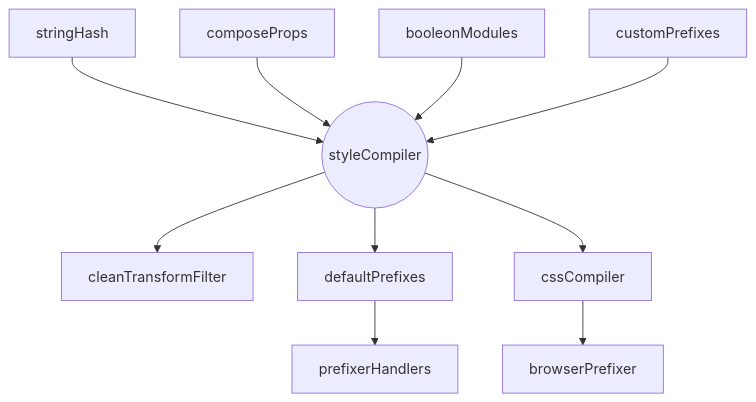
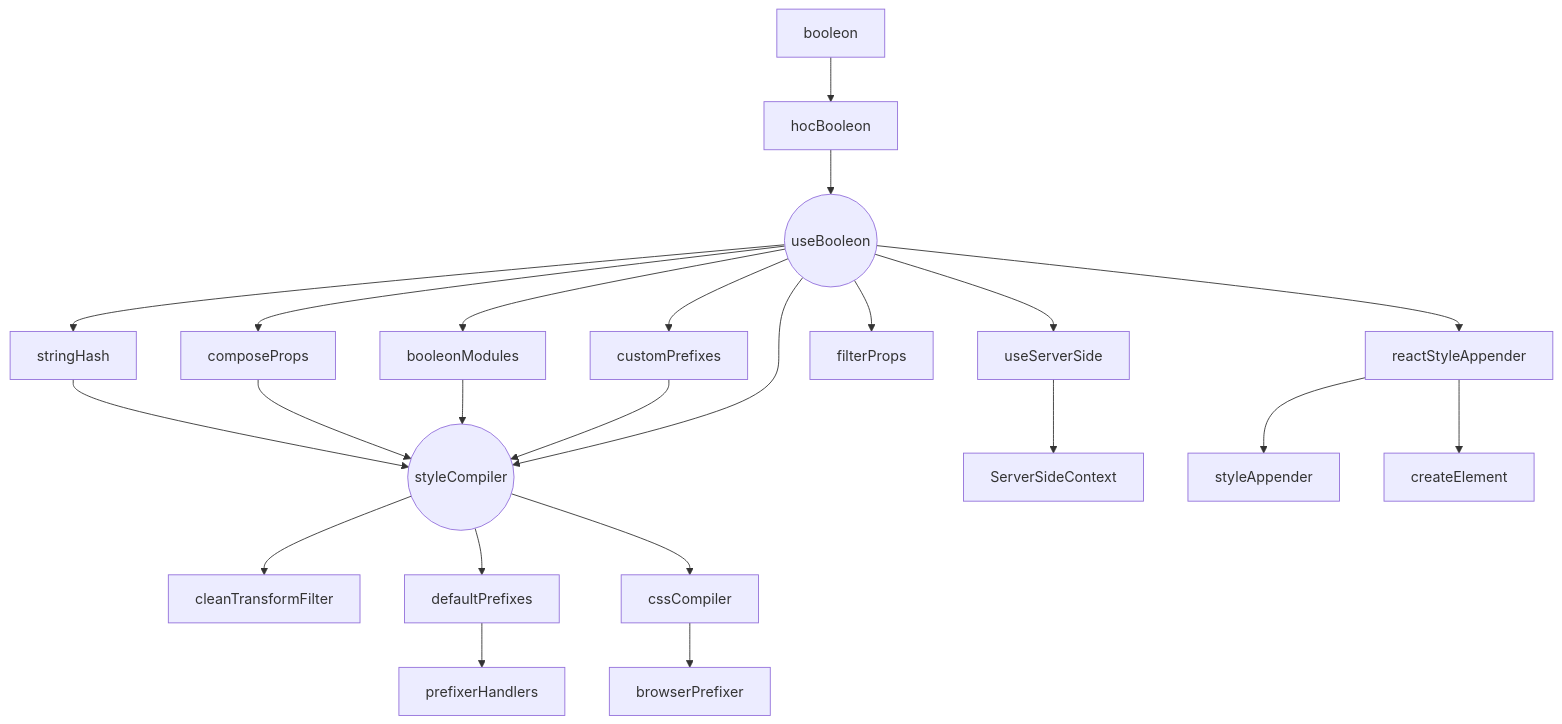
One commit to viniciusflv/booleon changed the diagram in packages/docs/src/pages/docs/index.mdx. Above: the diagram before and after it, drawn with Mermaid. The commit also changed other lines of this file and 41 other files, not shown here.

````diff
--- a/packages/docs/src/pages/docs/index.mdx
+++ b/packages/docs/src/pages/docs/index.mdx
@@ -9,23 +16,35 @@
 ```mermaid
   graph TD
 
   stringHash[stringHash] --> styleCompiler((styleCompiler))
   composeProps[composeProps] --> styleCompiler((styleCompiler))
   booleonModules[booleonModules] --> styleCompiler((styleCompiler))
   customPrefixes[customPrefixes] --> styleCompiler((styleCompiler))
 
   styleCompiler((styleCompiler)) --> cleanTransformFilter[cleanTransformFilter]
   styleCompiler((styleCompiler)) --> defaultPrefixes[defaultPrefixes] --> prefixerHandlers[prefixerHandlers]
   styleCompiler((styleCompiler)) --> cssCompiler[cssCompiler] --> browserPrefixer[browserPrefixer]
 
+  booleon[booleon] --> hocBooleon[hocBooleon] --> useBooleon((useBooleon))
+  useBooleon((useBooleon)) --> useServerSide[useServerSide] --> ServerSideContext[ServerSideContext]
+  useBooleon((useBooleon)) --> filterProps[filterProps]
+  useBooleon((useBooleon)) --> reactStyleAppender[reactStyleAppender]
+  reactStyleAppender[reactStyleAppender] --> styleAppender[styleAppender]
+  reactStyleAppender[reactStyleAppender] --> createElement[createElement]
+  useBooleon((useBooleon)) --> stringHash[stringHash]
+  useBooleon((useBooleon)) --> styleCompiler((styleCompiler))
+  useBooleon((useBooleon)) --> composeProps[composeProps]
+  useBooleon((useBooleon)) --> booleonModules[booleonModules]
+  useBooleon((useBooleon)) --> customPrefixes[customPrefixes]
+
   click styleCompiler "/docs/core/#styleCompiler" "styleCompiler"
   click stringHash "/docs/core/#stringHash" "stringHash"
   click composeProps "/docs/core/#composeProps" "composeProps"
   click booleonModules "/docs/modules" "booleonModules"
   click customPrefixes "/docs/core/#customPrefixes" "customPrefixes"
   click cleanTransformFilter "/docs/core/#cleanTransformFilter" "cleanTransformFilter"
   click defaultPrefixes "/docs/core/#defaultPrefixes" "defaultPrefixes"
   click prefixerHandlers "/docs/core/#prefixerHandlers" "prefixerHandlers"
   click cssCompiler "/docs/core/#cssCompiler" "cssCompiler"
   click browserPrefixer "/docs/core/#browserPrefixer" "browserPrefixer"
 ```
````
